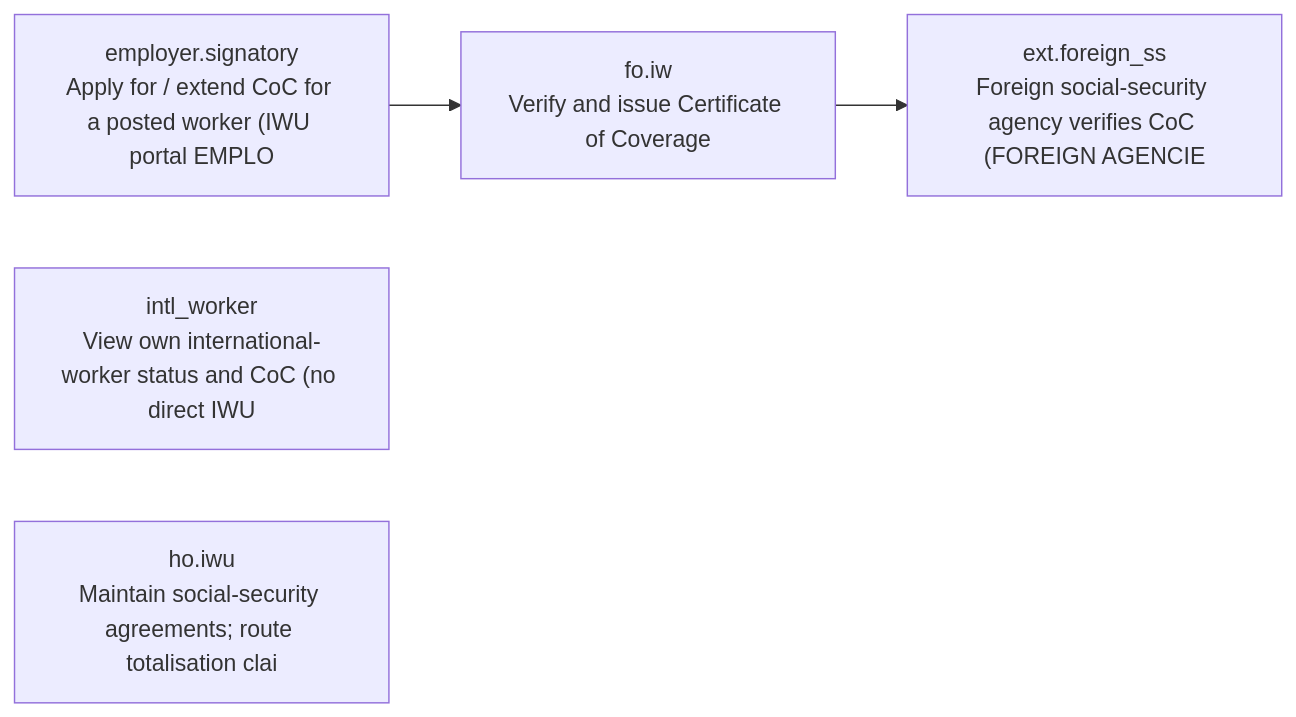
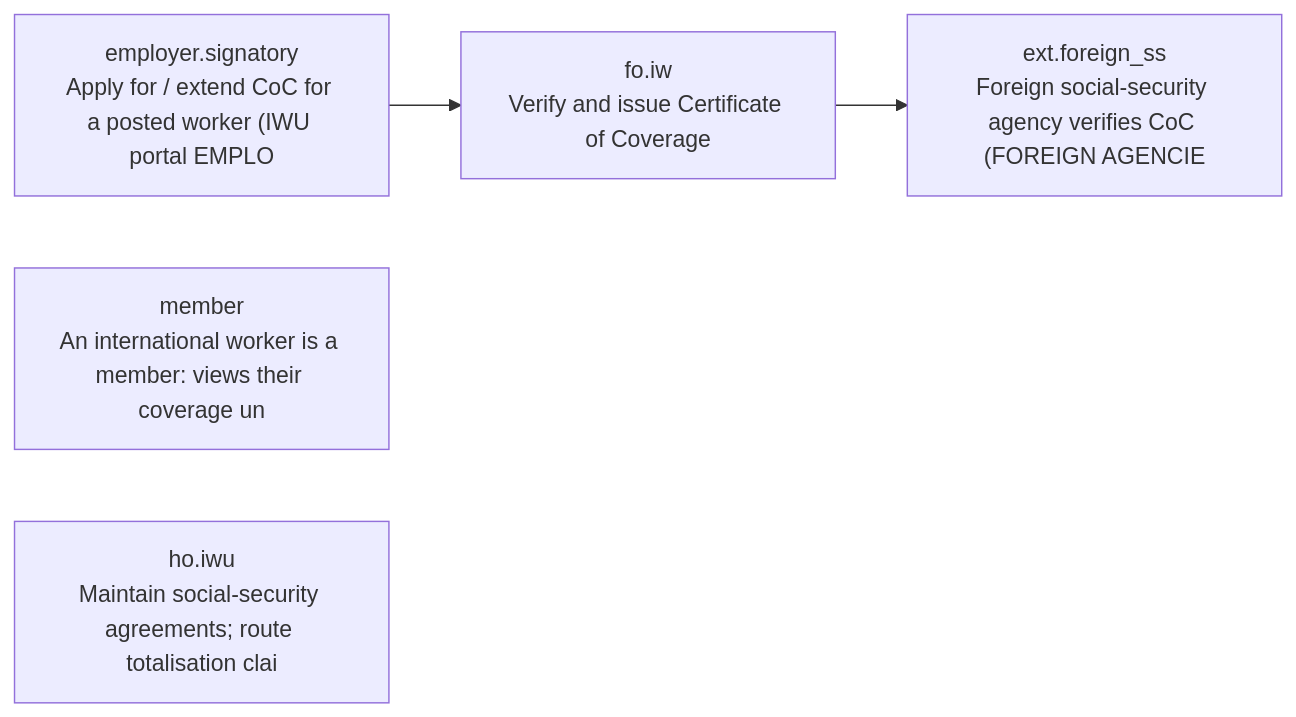
One commit to gauravmeena0708/pf-life changed the tenth of 14 diagrams in docs/stakeholder-api-sets.md. Above: the diagram before and after it, drawn with Mermaid. The commit also changed other lines of this file and 51 other files, not shown here.

````diff
--- a/docs/stakeholder-api-sets.md
+++ b/docs/stakeholder-api-sets.md
@@ -1839,10 +1836,10 @@
 ```mermaid
 flowchart LR
   F10_apply["employer.signatory<br/>Apply for / extend CoC for a posted worker (IWU portal EMPLO"]
-  F10_worker["intl_worker<br/>View own international-worker status and CoC (no direct IWU "]
+  F10_worker["member<br/>An international worker is a member: views their coverage un"]
   F10_decide["fo.iw<br/>Verify and issue Certificate of Coverage"]
   F10_foreign["ext.foreign_ss<br/>Foreign social-security agency verifies CoC (FOREIGN AGENCIE"]
   F10_ho["ho.iwu<br/>Maintain social-security agreements; route totalisation clai"]
   F10_apply --> F10_decide
   F10_decide --> F10_foreign
 ```
````
